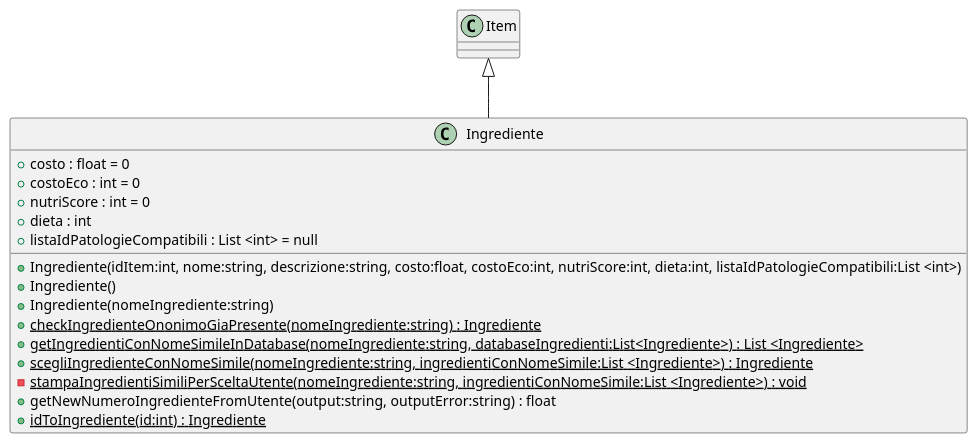
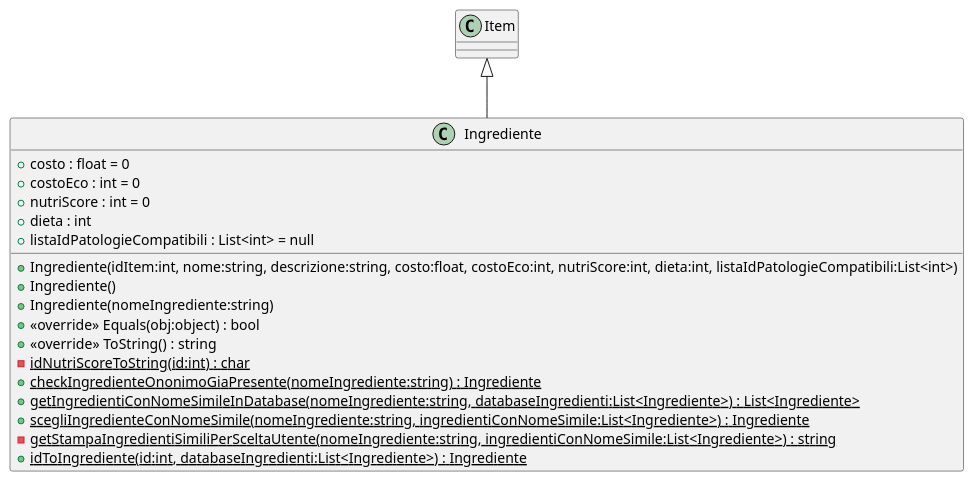
The diagram in doc/plantUml senza associazioni/Ingrediente.puml (zSavT/Healthy-Catering), drawn with PlantUML before and after one commit. The commit also changed 26 other files, not shown here.

Commit message:
aggiornati uml (anche immagini)

```diff
--- a/doc/plantUml senza associazioni/Ingrediente.puml
+++ b/doc/plantUml senza associazioni/Ingrediente.puml
@@ -1,19 +1,21 @@
 @startuml
 class Ingrediente {
     + costo : float = 0
     + costoEco : int = 0
     + nutriScore : int = 0
     + dieta : int
-    + listaIdPatologieCompatibili : List <int> = null
-    + Ingrediente(idItem:int, nome:string, descrizione:string, costo:float, costoEco:int, nutriScore:int, dieta:int, listaIdPatologieCompatibili:List <int>)
+    + listaIdPatologieCompatibili : List<int> = null
+    + Ingrediente(idItem:int, nome:string, descrizione:string, costo:float, costoEco:int, nutriScore:int, dieta:int, listaIdPatologieCompatibili:List<int>)
     + Ingrediente()
     + Ingrediente(nomeIngrediente:string)
+    + <<override>> Equals(obj:object) : bool
+    + <<override>> ToString() : string
+    - {static} idNutriScoreToString(id:int) : char
     + {static} checkIngredienteOnonimoGiaPresente(nomeIngrediente:string) : Ingrediente
-    + {static} getIngredientiConNomeSimileInDatabase(nomeIngrediente:string, databaseIngredienti:List<Ingrediente>) : List <Ingrediente>
-    + {static} scegliIngredienteConNomeSimile(nomeIngrediente:string, ingredientiConNomeSimile:List <Ingrediente>) : Ingrediente
-    - {static} stampaIngredientiSimiliPerSceltaUtente(nomeIngrediente:string, ingredientiConNomeSimile:List <Ingrediente>) : void
-    + getNewNumeroIngredienteFromUtente(output:string, outputError:string) : float
-    + {static} idToIngrediente(id:int) : Ingrediente
+    + {static} getIngredientiConNomeSimileInDatabase(nomeIngrediente:string, databaseIngredienti:List<Ingrediente>) : List<Ingrediente>
+    + {static} scegliIngredienteConNomeSimile(nomeIngrediente:string, ingredientiConNomeSimile:List<Ingrediente>) : Ingrediente
+    - {static} getStampaIngredientiSimiliPerSceltaUtente(nomeIngrediente:string, ingredientiConNomeSimile:List<Ingrediente>) : string
+    + {static} idToIngrediente(id:int, databaseIngredienti:List<Ingrediente>) : Ingrediente
 }
 Item <|-- Ingrediente
 @enduml
```
